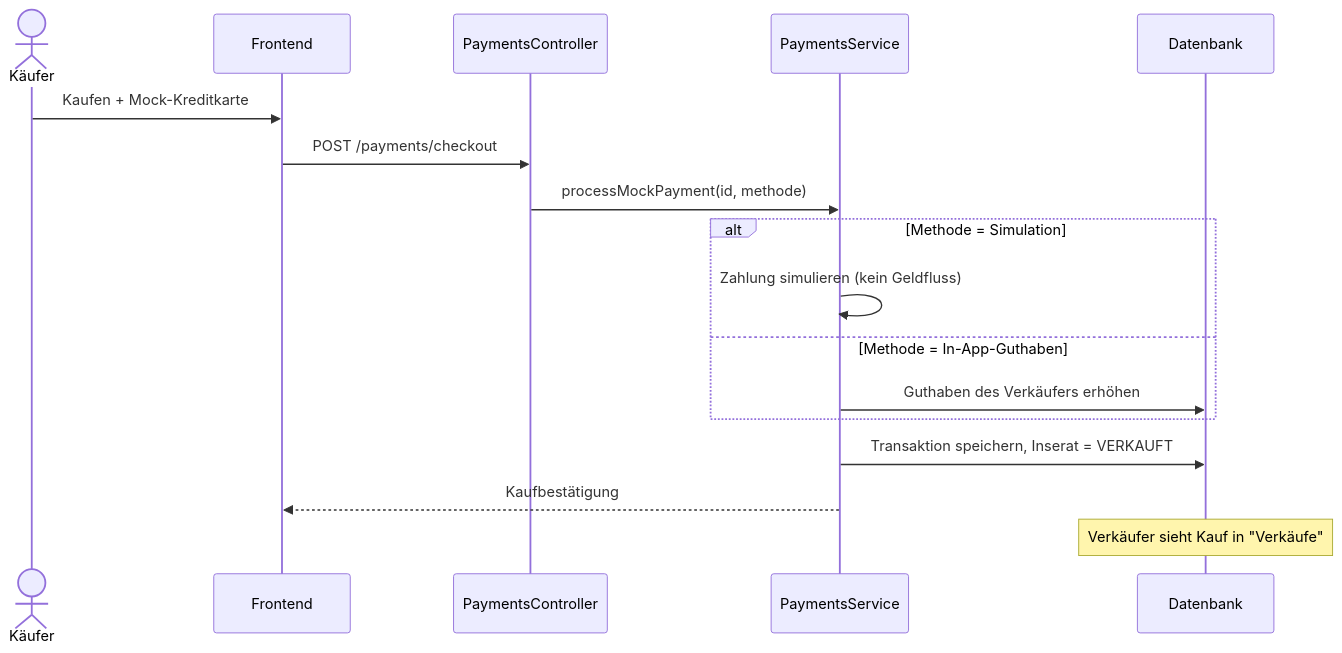
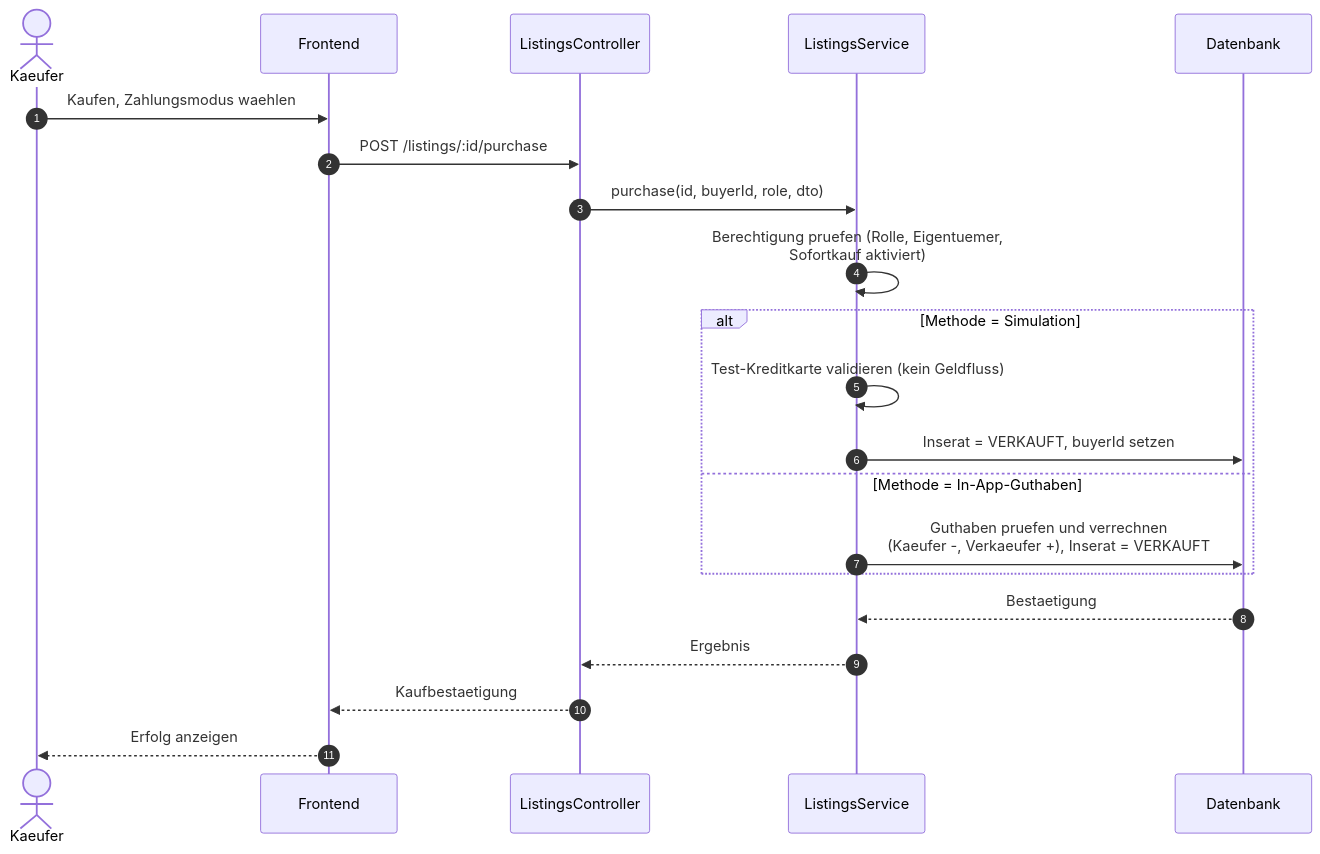
Before and after one commit to PatilYash0110/THMarket: the diagram in docs/arch/diagrams-code/a06-laufzeitdiagramm_mock_kauf.mmd, drawn with Mermaid.

Commit message:
docs(arch): update Laufzeitdiagramm Mock-Kauf

```diff
--- a/docs/arch/diagrams-code/a06-laufzeitdiagramm_mock_kauf.mmd
+++ b/docs/arch/diagrams-code/a06-laufzeitdiagramm_mock_kauf.mmd
@@ -1,18 +1,22 @@
-%% Abbildung 15: Laufzeitsicht - Mock-Kauf
 sequenceDiagram
-    actor K as Käufer
+    autonumber
+    actor K as Kaeufer
     participant FE as Frontend
-    participant P as PaymentsController
-    participant SVC as PaymentsService
+    participant L as ListingsController
+    participant SVC as ListingsService
     participant DB as Datenbank
-    K->>FE: Kaufen + Mock-Kreditkarte
-    FE->>P: POST /payments/checkout
-    P->>SVC: processMockPayment(id, methode)
+
+    K->>FE: Kaufen, Zahlungsmodus waehlen
+    FE->>L: POST /listings/:id/purchase
+    L->>SVC: purchase(id, buyerId, role, dto)
+    SVC->>SVC: Berechtigung pruefen (Rolle, Eigentuemer,<br/>Sofortkauf aktiviert)
     alt Methode = Simulation
-        SVC->>SVC: Zahlung simulieren (kein Geldfluss)
+        SVC->>SVC: Test-Kreditkarte validieren (kein Geldfluss)
+        SVC->>DB: Inserat = VERKAUFT, buyerId setzen
     else Methode = In-App-Guthaben
-        SVC->>DB: Guthaben des Verkäufers erhöhen
+        SVC->>DB: Guthaben pruefen und verrechnen<br/>(Kaeufer -, Verkaeufer +), Inserat = VERKAUFT
     end
-    SVC->>DB: Transaktion speichern, Inserat = VERKAUFT
-    SVC-->>FE: Kaufbestätigung
-    Note over DB: Verkäufer sieht Kauf in "Verkäufe"
+    DB-->>SVC: Bestaetigung
+    SVC-->>L: Ergebnis
+    L-->>FE: Kaufbestaetigung
+    FE-->>K: Erfolg anzeigen
```
